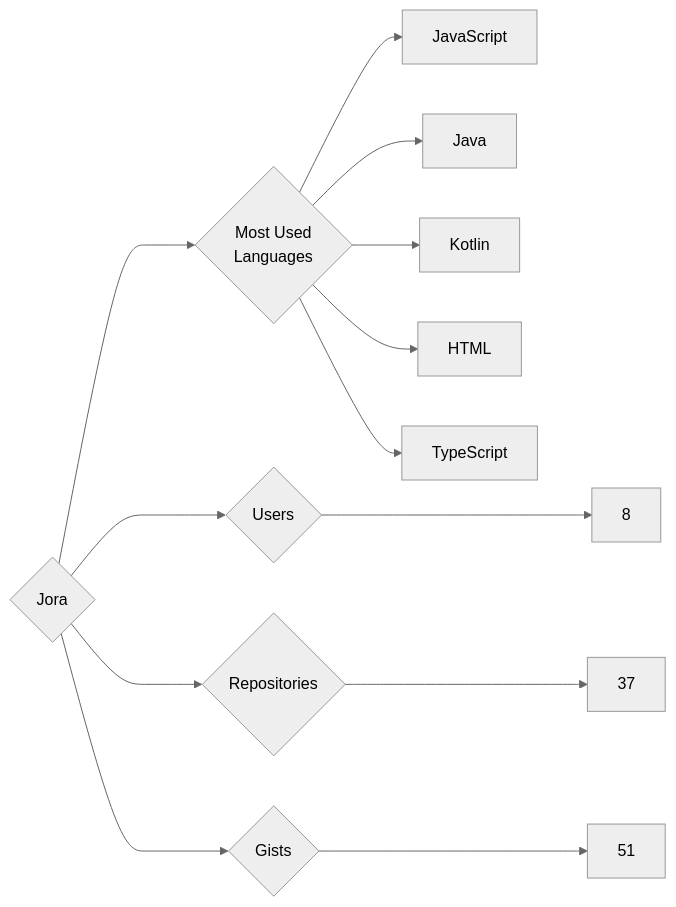
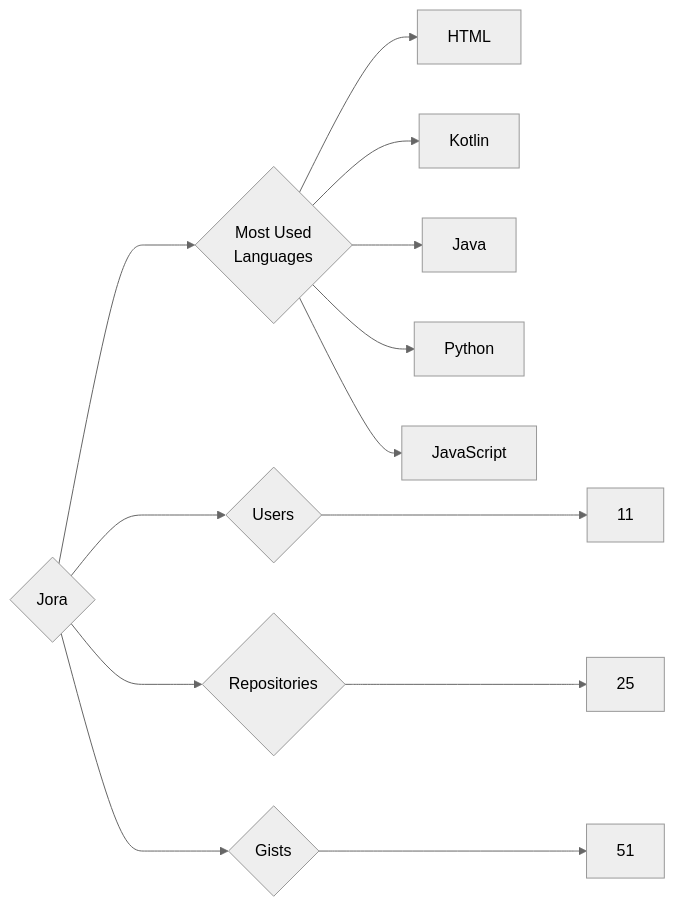
The diagram in targets/Jora/README.md (trickest/insiders), drawn with Mermaid (neutral theme) before and after one commit. The commit also changed 681 other files, not shown here.

````diff
--- a/targets/Jora/README.md
+++ b/targets/Jora/README.md
@@ -3,13 +3,13 @@
 ```mermaid
 graph LR
 COMPANY_NAME{Jora}
-COMPANY_NAME ---> U{Users} ---> UN[8]
-COMPANY_NAME ---> R{Repositories} ---> RN[37]
+COMPANY_NAME ---> U{Users} ---> UN[11]
+COMPANY_NAME ---> R{Repositories} ---> RN[25]
 COMPANY_NAME ---> G{Gists} ---> GN[51]
 COMPANY_NAME ---> ML{Most Used<br>Languages}
+ML --> HTML[HTML]
+ML --> Kotlin[Kotlin]
+ML --> Java[Java]
+ML --> Python[Python]
 ML --> JavaScript[JavaScript]
-ML --> Java[Java]
-ML --> Kotlin[Kotlin]
-ML --> HTML[HTML]
-ML --> TypeScript[TypeScript]
 ```
````
